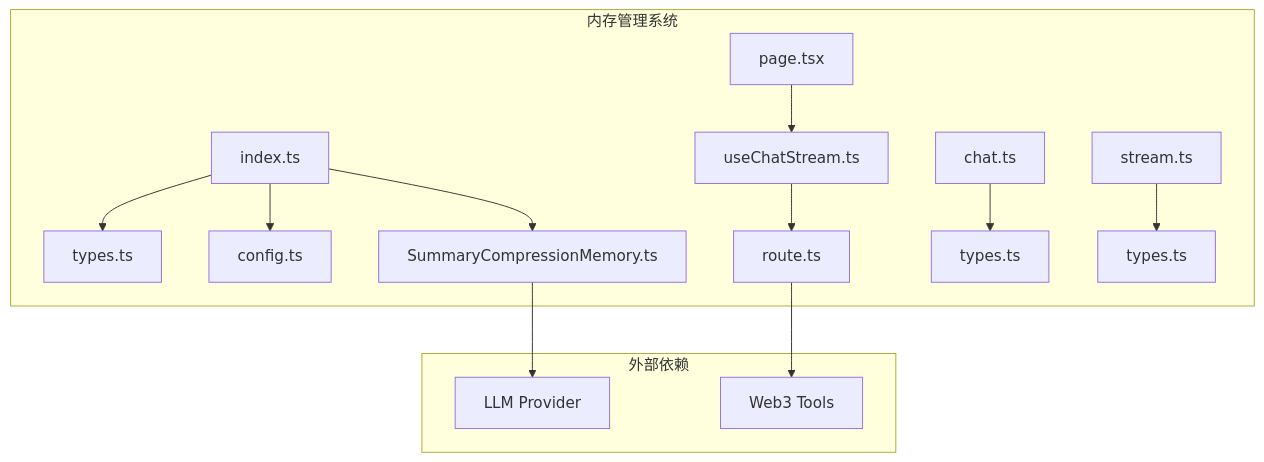
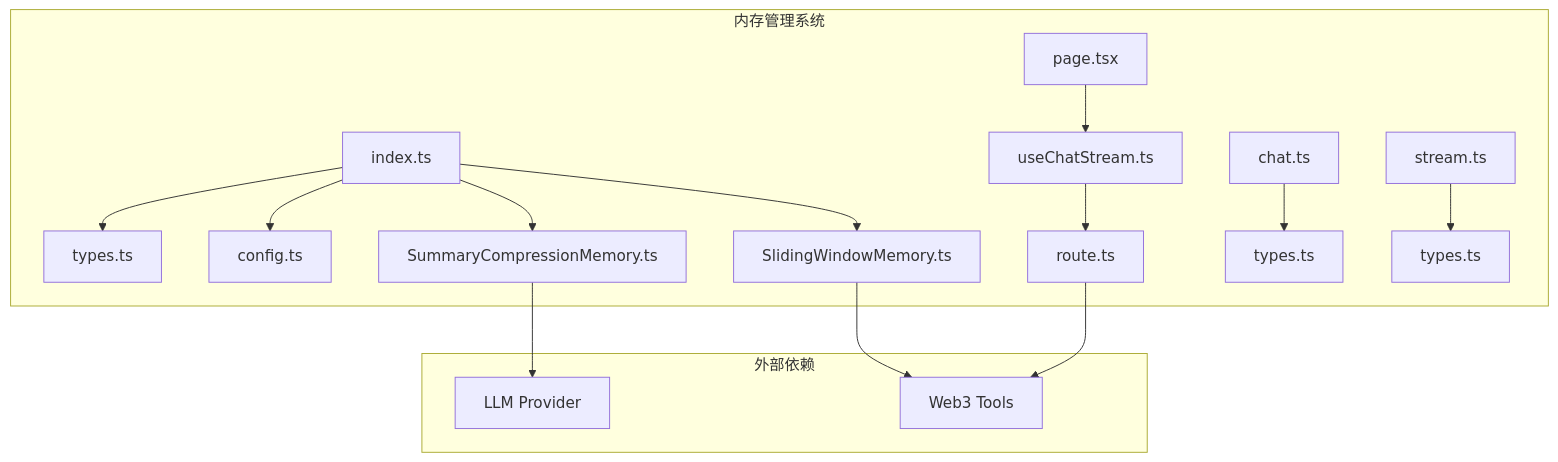
The first of 10 diagrams in .qoder/repowiki/zh/content/核心技能详解/内存管理系统.md (CryptoLinxu/Web3-AI-Agent), drawn with Mermaid before and after one commit. The commit also changed other lines of this file and 6 other files, not shown here.

First line of the commit message:
refactor(web3-tools): 将价格工具重构为参数化的多币种查询

````diff
--- a/.qoder/repowiki/zh/content/核心技能详解/内存管理系统.md
+++ b/.qoder/repowiki/zh/content/核心技能详解/内存管理系统.md
@@ -38,18 +43,20 @@
 ```mermaid
 graph TB
 subgraph "内存管理系统"
 A[index.ts] --> B[types.ts]
 A --> C[config.ts]
 A --> D[SummaryCompressionMemory.ts]
-E[page.tsx] --> F[useChatStream.ts]
-F --> G[route.ts]
-H[chat.ts] --> I[types.ts]
-J[stream.ts] --> K[types.ts]
+A --> E[SlidingWindowMemory.ts]
+F[page.tsx] --> G[useChatStream.ts]
+G --> H[route.ts]
+I[chat.ts] --> J[types.ts]
+K[stream.ts] --> L[types.ts]
 end
 subgraph "外部依赖"
-L[LLM Provider]
-M[Web3 Tools]
+M[LLM Provider]
+N[Web3 Tools]
 end
-D --> L
-G --> M
+D --> M
+H --> N
+E --> N
 ```
````
